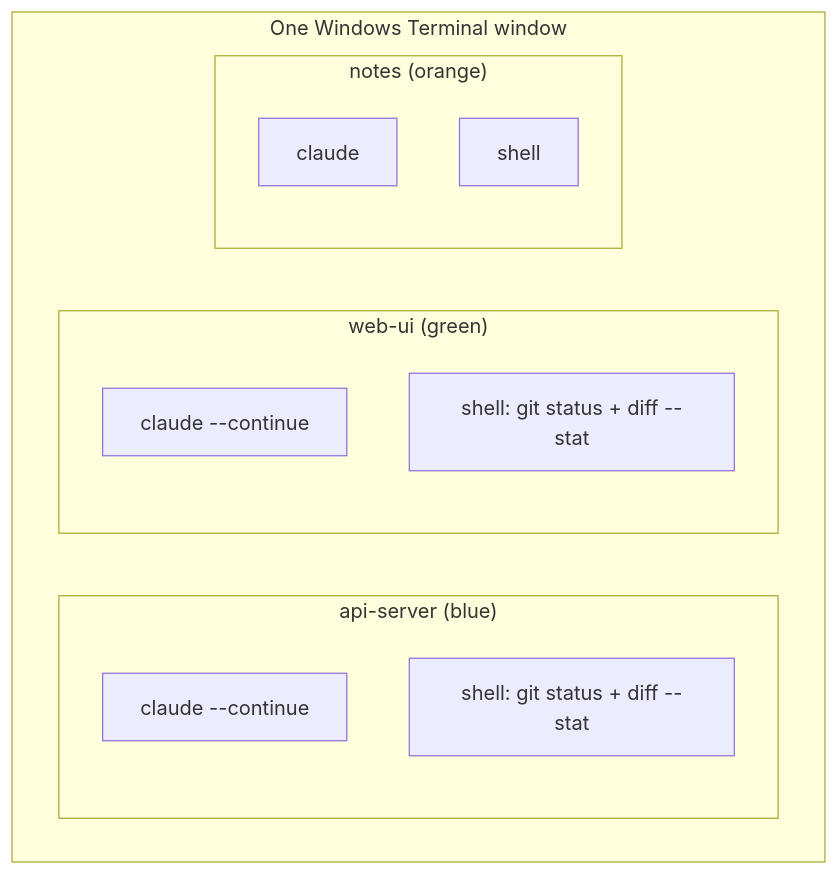
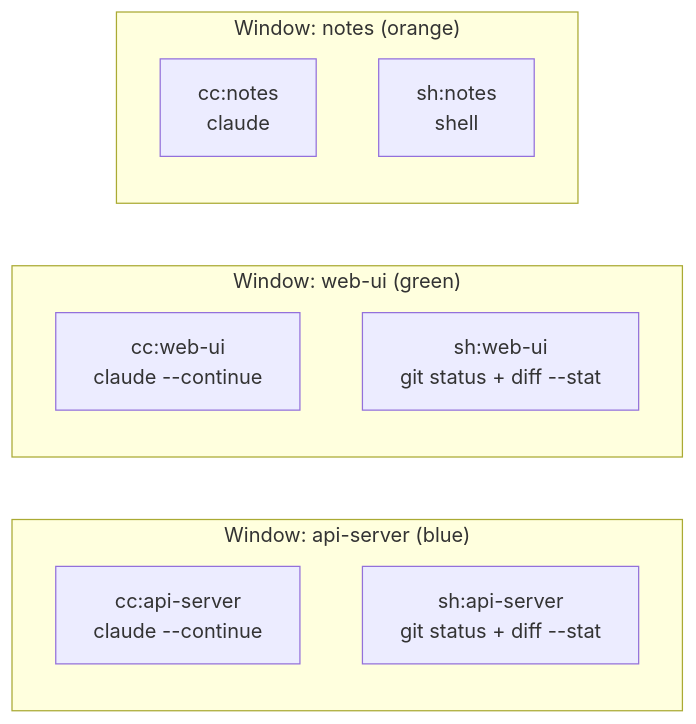
The fifth of 8 diagrams in README.md (dstaulcu/workspace-orchestrator), drawn with Mermaid before and after one commit. The commit also changed other lines of this file and 8 other files, not shown here.

````diff
--- a/README.md
+++ b/README.md
@@ -66,18 +79,15 @@
 ```mermaid
-flowchart TB
-    subgraph WIN["One Windows Terminal window"]
-        direction LR
-        subgraph A["api-server (blue)"]
-            A1["claude --continue"]
-            A2["shell: git status + diff --stat"]
-        end
-        subgraph B["web-ui (green)"]
-            B1["claude --continue"]
-            B2["shell: git status + diff --stat"]
-        end
-        subgraph C["notes (orange)"]
-            C1["claude"]
-            C2["shell"]
-        end
+flowchart LR
+    subgraph A["Window: api-server (blue)"]
+        A1["cc:api-server<br/>claude --continue"]
+        A2["sh:api-server<br/>git status + diff --stat"]
+    end
+    subgraph B["Window: web-ui (green)"]
+        B1["cc:web-ui<br/>claude --continue"]
+        B2["sh:web-ui<br/>git status + diff --stat"]
+    end
+    subgraph C["Window: notes (orange)"]
+        C1["cc:notes<br/>claude"]
+        C2["sh:notes<br/>shell"]
     end
 ```
````
